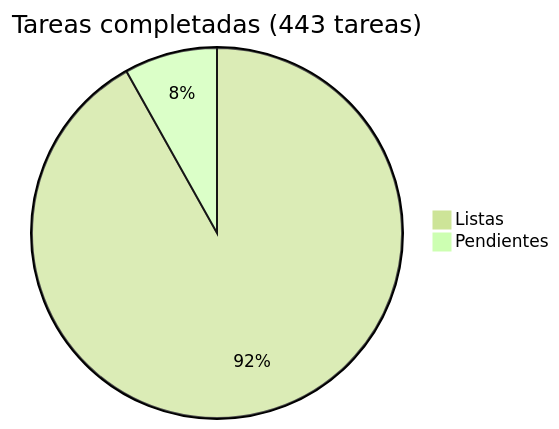
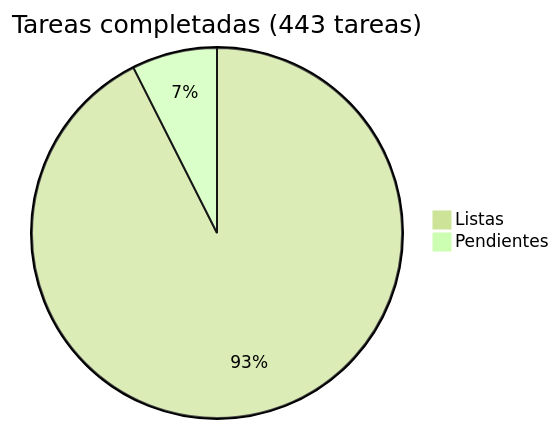
One commit to araguaney-lat/araguaney changed the diagram in docs/roadmap/README.md. Above: the diagram before and after it, drawn with Mermaid (forest theme). The commit also changed other lines of this file and 6 other files, not shown here.

````diff
--- a/docs/roadmap/README.md
+++ b/docs/roadmap/README.md
@@ -5,5 +5,5 @@
 ```mermaid
 pie title Tareas completadas (443 tareas)
-    "Listas" : 407
-    "Pendientes" : 36
+    "Listas" : 410
+    "Pendientes" : 33
 ```
````
